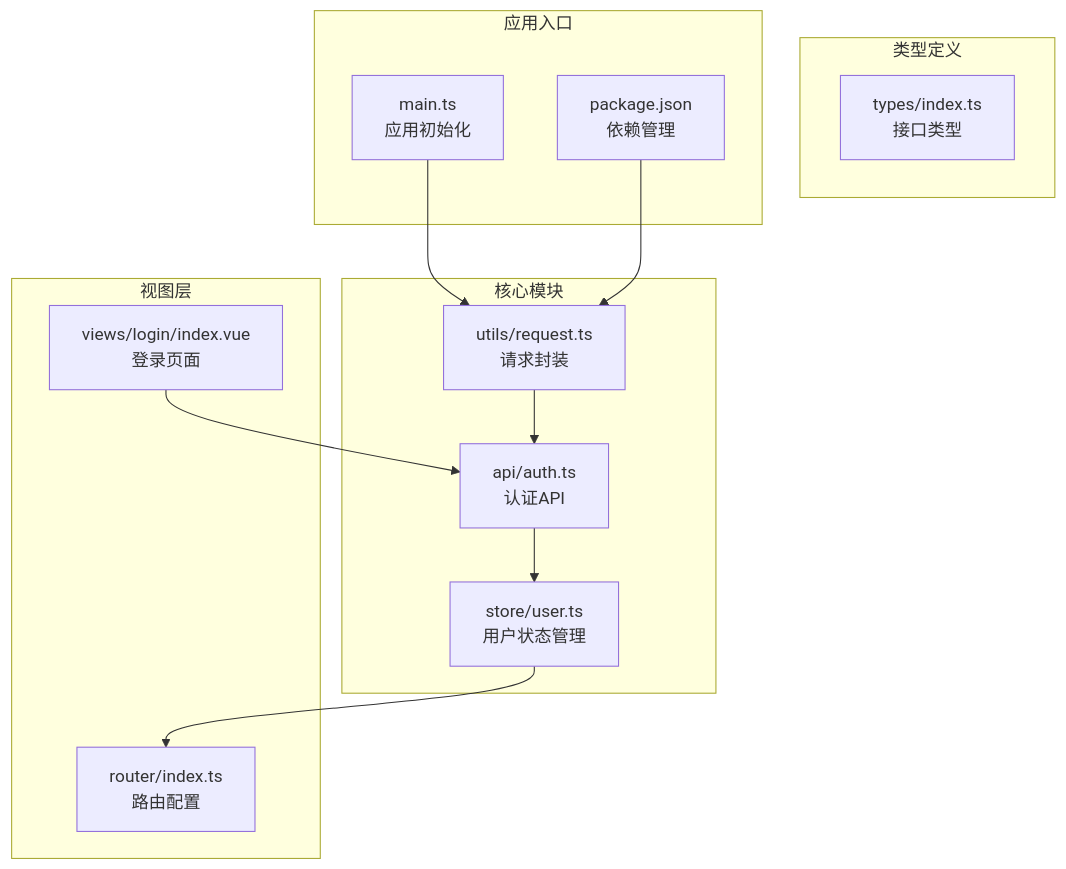
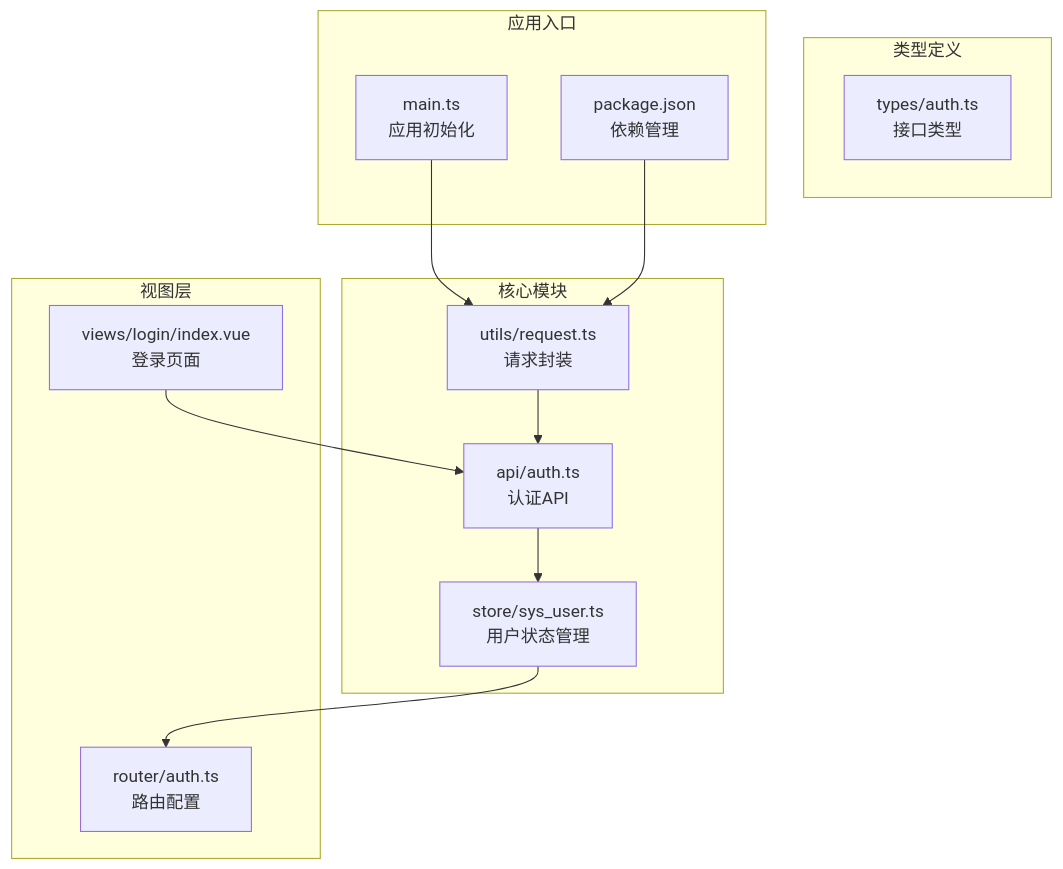
One commit to qiseyun/vue-ts-admin changed the first of 8 diagrams in .qoder/repowiki/zh/content/核心功能模块/API请求封装.md. Above: the diagram before and after it, drawn with Mermaid. The commit also changed other lines of this file and 42 other files, not shown here.

````diff
--- a/.qoder/repowiki/zh/content/核心功能模块/API请求封装.md
+++ b/.qoder/repowiki/zh/content/核心功能模块/API请求封装.md
@@ -35,25 +35,25 @@
 ```mermaid
 graph TB
 subgraph "核心模块"
 Utils[utils/request.ts<br/>请求封装]
 API[api/auth.ts<br/>认证API]
-Store[store/user.ts<br/>用户状态管理]
+Store[store/sys_user.ts<br/>用户状态管理]
 end
 subgraph "类型定义"
-Types[types/index.ts<br/>接口类型]
+Types[types/auth.ts<br/>接口类型]
 end
 subgraph "视图层"
 Login[views/login/index.vue<br/>登录页面]
-Router[router/index.ts<br/>路由配置]
+Router[router/auth.ts<br/>路由配置]
 end
 subgraph "应用入口"
 Main[main.ts<br/>应用初始化]
 Package[package.json<br/>依赖管理]
 end
 Utils --> API
 API --> Store
 Store --> Router
 Login --> API
 Main --> Utils
 Package --> Utils
 ```
````
